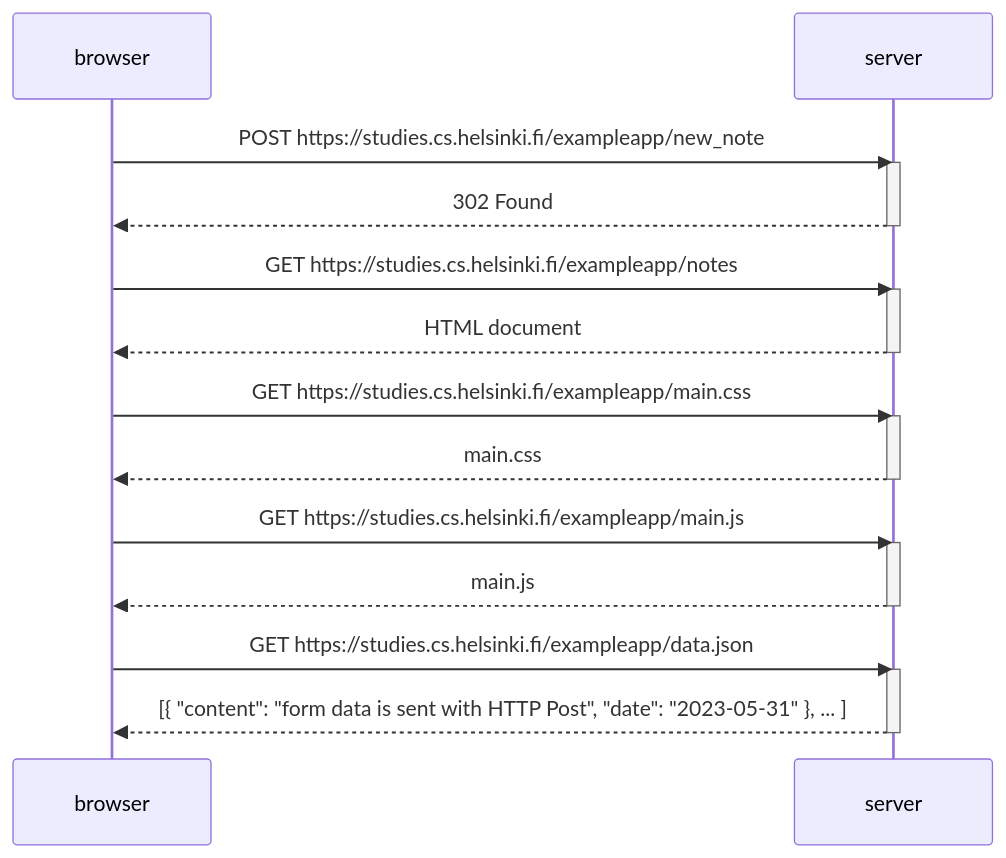
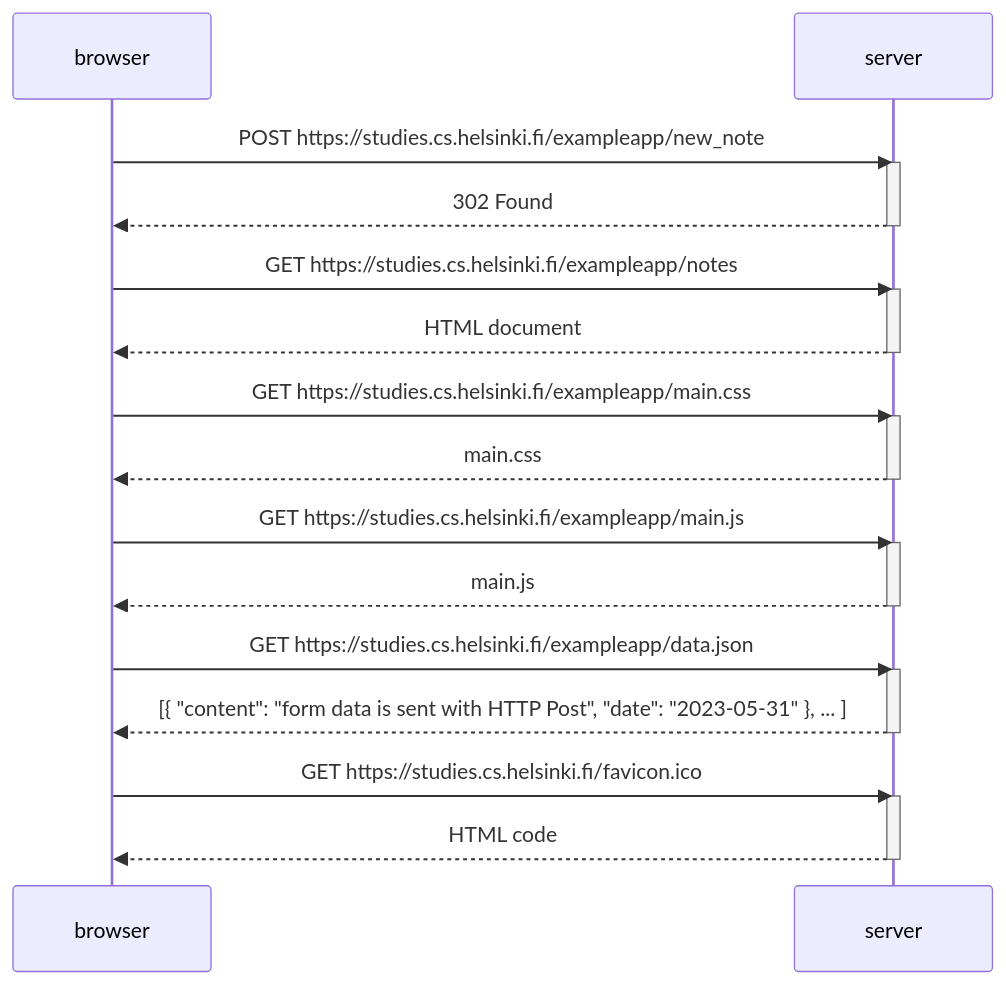
Before and after one commit to joekbullard/helsinki-mooc: the diagram in part0/note.md, drawn with Mermaid.

````diff
--- a/part0/note.md
+++ b/part0/note.md
@@ -1,31 +1,36 @@
 ```mermaid
 sequenceDiagram
     participant browser
     participant server
     
     browser->>server: POST https://studies.cs.helsinki.fi/exampleapp/new_note
     activate server
     server-->>browser: 302 Found
     deactivate server
     
     browser->>server: GET https://studies.cs.helsinki.fi/exampleapp/notes
     activate server
     server-->>browser: HTML document
     deactivate server
     
     browser->>server: GET https://studies.cs.helsinki.fi/exampleapp/main.css
     activate server
     server-->>browser: main.css
     deactivate server
 
     browser->>server: GET https://studies.cs.helsinki.fi/exampleapp/main.js
     activate server
     server-->>browser: main.js
     deactivate server
     
     browser->>server: GET https://studies.cs.helsinki.fi/exampleapp/data.json
     activate server
     server-->>browser: [{ "content": "form data is sent with HTTP Post", "date": "2023-05-31" }, ... ]
     deactivate server
+    
+    browser->>server: GET https://studies.cs.helsinki.fi/favicon.ico
+    activate server
+    server-->>browser: HTML code
+    deactivate server
 
 ```    
````
